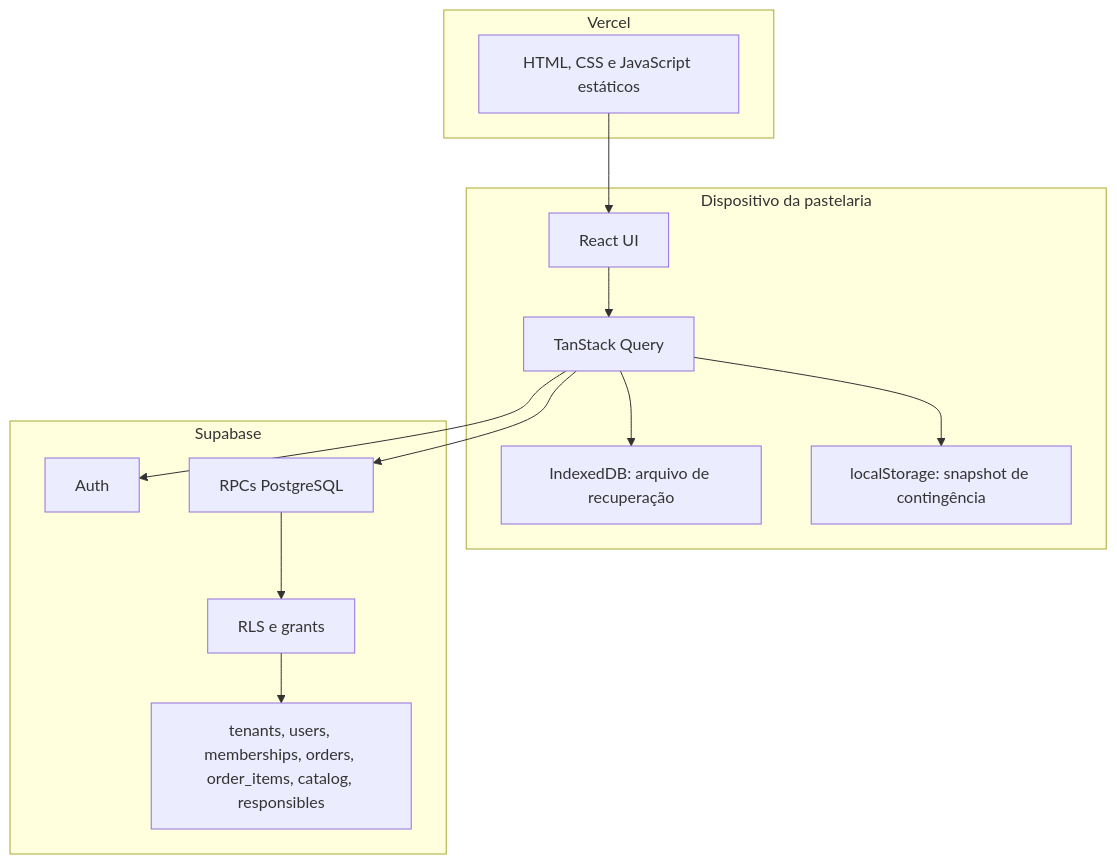
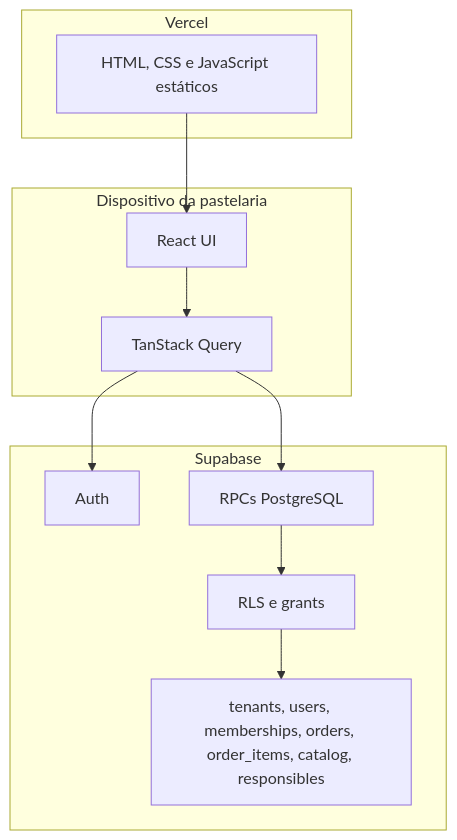
One commit to RodrigoSubtil/order-manager changed the diagram in docs/architecture/system-design.md. Above: the diagram before and after it, drawn with Mermaid. The commit also changed other lines of this file and 66 other files, not shown here.

````diff
--- a/docs/architecture/system-design.md
+++ b/docs/architecture/system-design.md
@@ -7,29 +7,25 @@
 ```mermaid
 flowchart TB
   subgraph Device["Dispositivo da pastelaria"]
     UI["React UI"]
     Q["TanStack Query"]
-    IDB["IndexedDB: arquivo de recuperação"]
-    LS["localStorage: snapshot de contingência"]
   end
 
   subgraph Vercel
     Static["HTML, CSS e JavaScript estáticos"]
   end
 
   subgraph Supabase
     Auth["Auth"]
     RPC["RPCs PostgreSQL"]
     RLS["RLS e grants"]
     Tables["tenants, users, memberships, orders, order_items, catalog, responsibles"]
   end
 
   Static --> UI
   UI --> Q
   Q --> Auth
   Q --> RPC
   RPC --> RLS
   RLS --> Tables
-  Q --> IDB
-  Q --> LS
 ```
````
